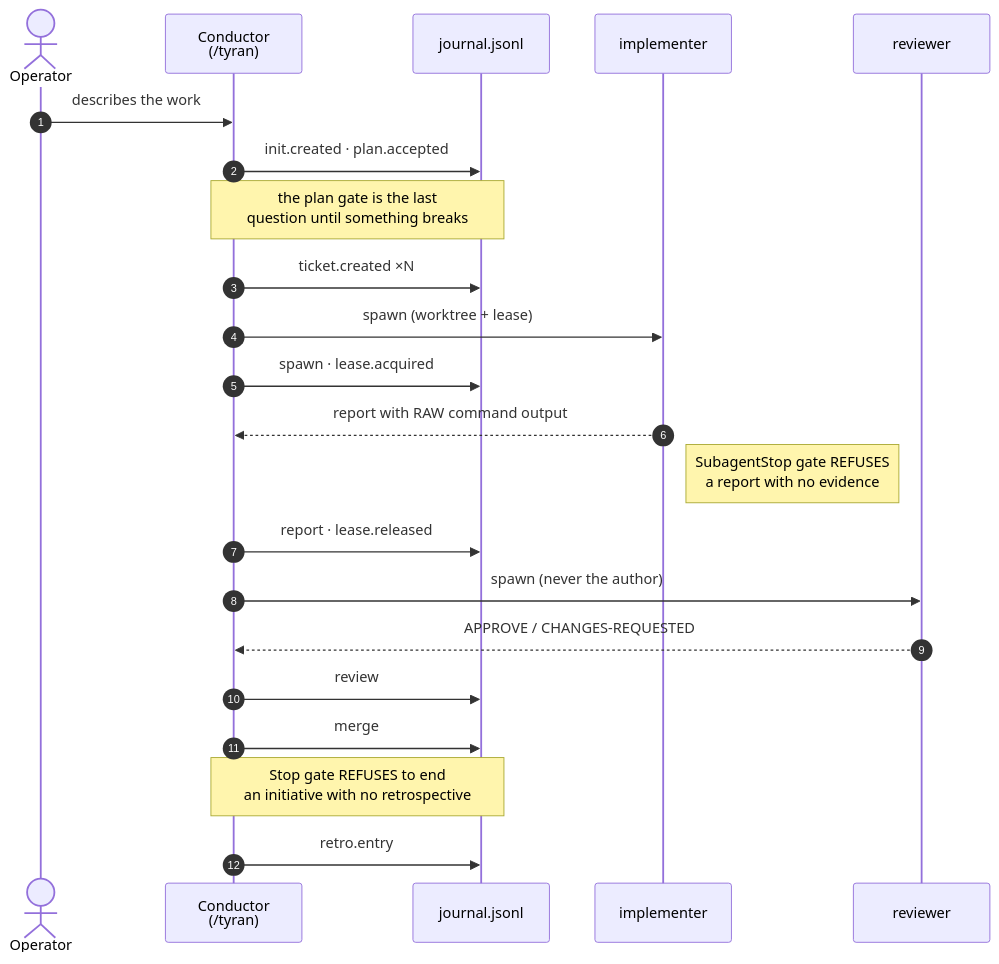
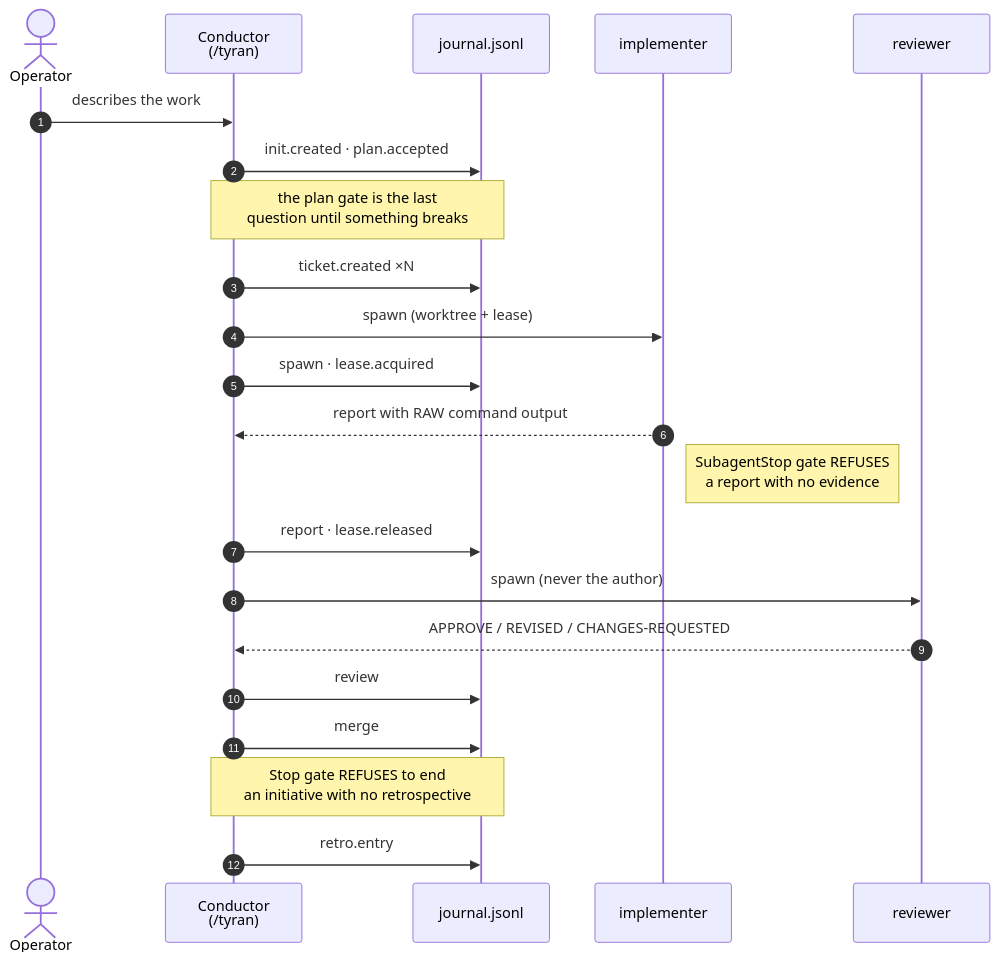
One commit to jjanczur/tyran changed the second of 3 diagrams in docs/architecture.md. Above: the diagram before and after it, drawn with Mermaid. The commit also changed 16 other files, not shown here.

````diff
--- a/docs/architecture.md
+++ b/docs/architecture.md
@@ -102,25 +102,25 @@
 ```mermaid
 sequenceDiagram
     autonumber
     actor Op as Operator
     participant C as Conductor<br/>(/tyran)
     participant J as journal.jsonl
     participant A as implementer
     participant R as reviewer
 
     Op->>C: describes the work
     C->>J: init.created · plan.accepted
     Note over C,J: the plan gate is the last<br/>question until something breaks
     C->>J: ticket.created ×N
     C->>A: spawn (worktree + lease)
     C->>J: spawn · lease.acquired
     A-->>C: report with RAW command output
     Note right of A: SubagentStop gate REFUSES<br/>a report with no evidence
     C->>J: report · lease.released
     C->>R: spawn (never the author)
-    R-->>C: APPROVE / CHANGES-REQUESTED
+    R-->>C: APPROVE / REVISED / CHANGES-REQUESTED
     C->>J: review
     C->>J: merge
     Note over C,J: Stop gate REFUSES to end<br/>an initiative with no retrospective
     C->>J: retro.entry
 ```
````
